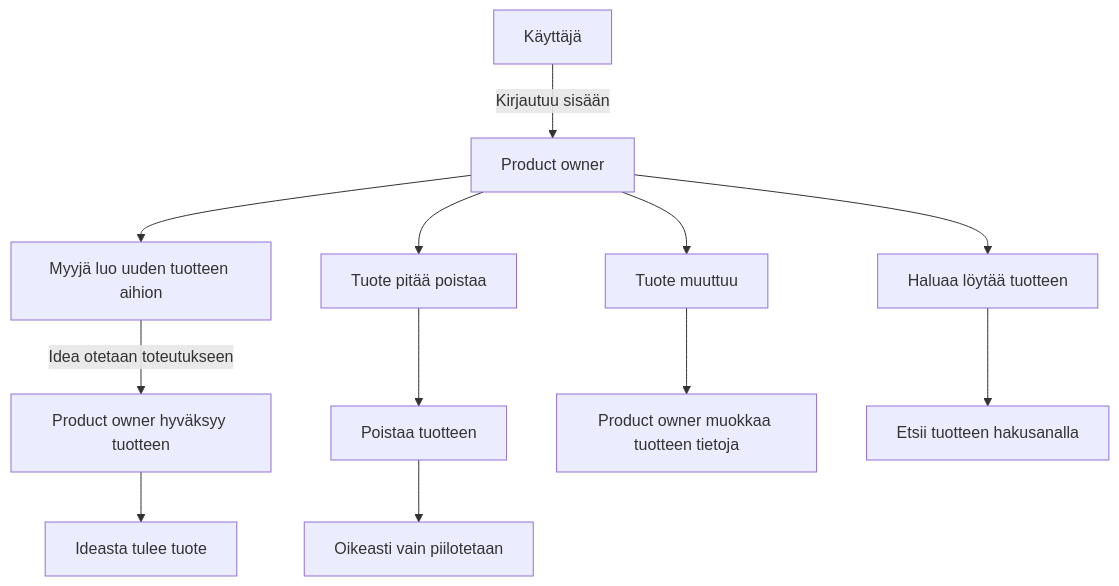
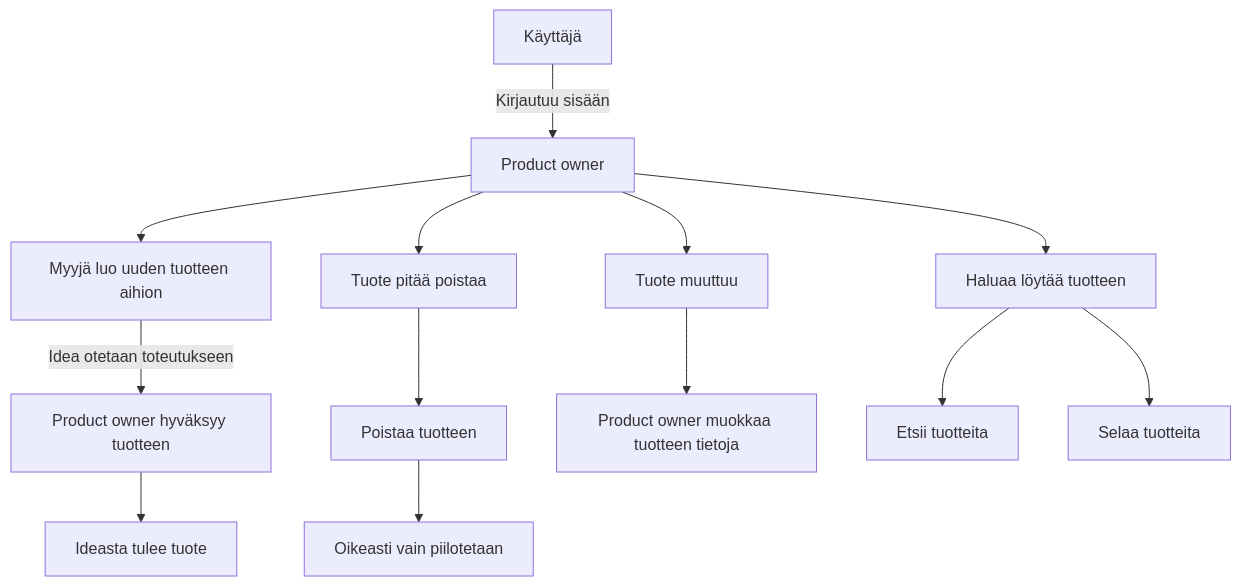
The third of 7 diagrams in dokumentit/02-vaatimusmaarittely/vaatimusmaarittely.md (martimik/TuHlaRi-core), drawn with Mermaid before and after one commit. The commit also changed other lines of this file, not shown here.

````diff
--- a/dokumentit/02-vaatimusmaarittely/vaatimusmaarittely.md
+++ b/dokumentit/02-vaatimusmaarittely/vaatimusmaarittely.md
@@ -142,24 +142,26 @@
 ```mermaid
  graph TD
 
 U["Käyttäjä"]
 P["Product owner"]
  
 U --> |Kirjautuu sisään|P 
  
 P --> A1
 P --> A2
 P --> A3
 P --> A4
 
 A1["Myyjä luo uuden tuotteen aihion"]-->|Idea otetaan toteutukseen|B1["Product owner hyväksyy tuotteen"]
 B1-->C1["Ideasta tulee tuote"]
 
 A2["Tuote pitää poistaa"]-->B2["Poistaa tuotteen"]
+
 B2-->C2["Oikeasti vain piilotetaan"]
 
 A3["Tuote muuttuu"]-->B3["Product owner muokkaa tuotteen tietoja"]
 
-A4["Haluaa löytää tuotteen"]-->B4["Etsii tuotteen hakusanalla"]
+A4["Haluaa löytää tuotteen"]-->B4["Etsii tuotteita"]
+A4-->C4["Selaa tuotteita"]
 
 ```
````
